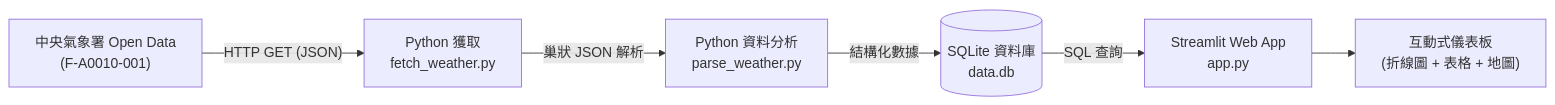
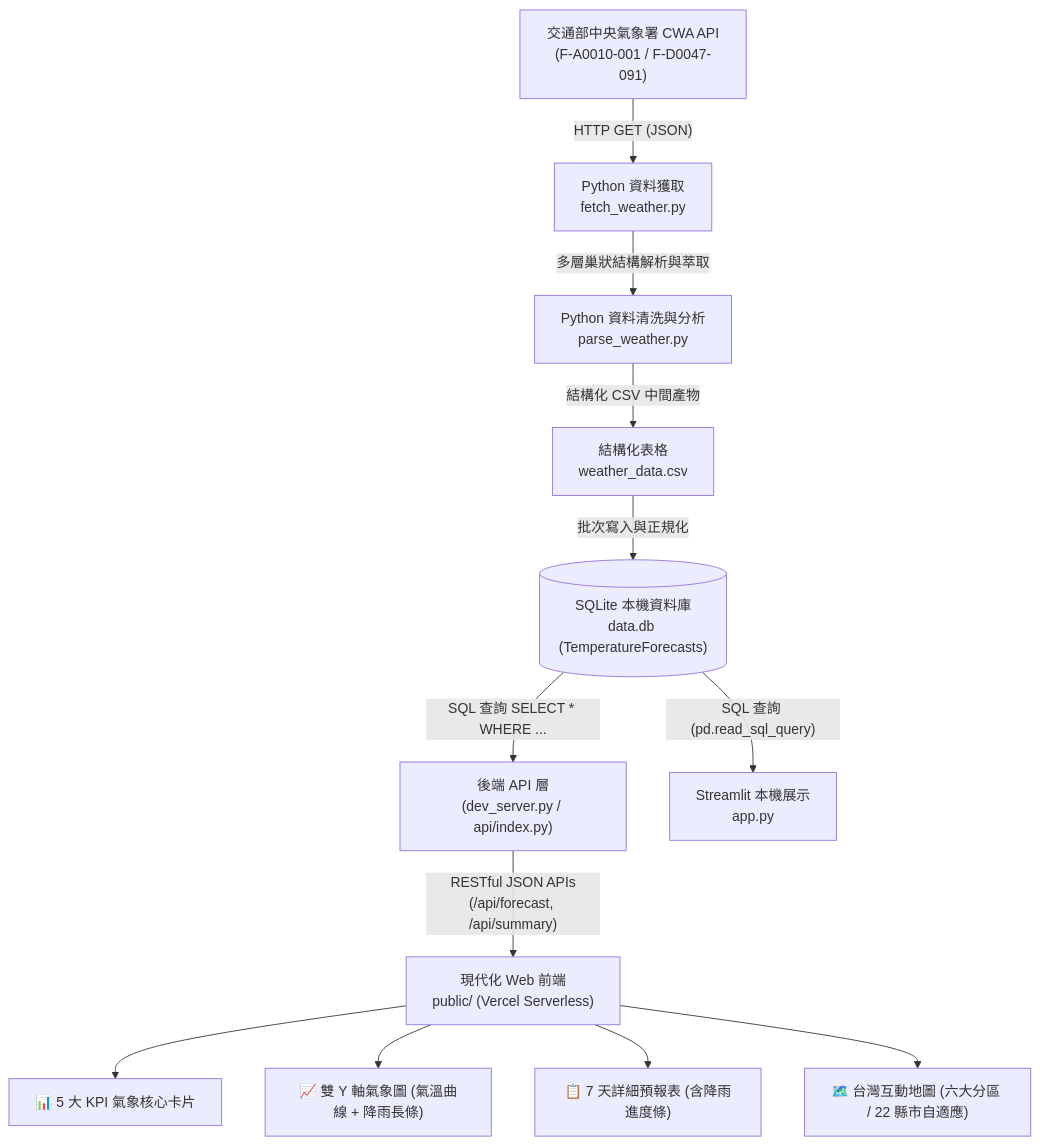
Before and after one commit to czk001167-hash/0930: the diagram in README.md, drawn with Mermaid. The commit also changed other lines of this file and 1 other file, not shown here.

Commit message:
docs: 更新 README.md 展示截圖、即時展示網址至 Vercel，並完整更新技術規格與功能文件

````diff
--- a/README.md
+++ b/README.md
@@ -30,8 +49,17 @@
 ```mermaid
-graph LR
-    A["中央氣象署 Open Data<br/>(F-A0010-001)"] -->|"HTTP GET (JSON)"| B["Python 獲取<br/>fetch_weather.py"]
-    B -->|"巢狀 JSON 解析"| C["Python 資料分析<br/>parse_weather.py"]
-    C -->|"結構化數據"| D[("SQLite 資料庫<br/>data.db")]
-    D -->|"SQL 查詢"| E["Streamlit Web App<br/>app.py"]
-    E --> F["互動式儀表板<br/>(折線圖 + 表格 + 地圖)"]
+graph TD
+    A["交通部中央氣象署 CWA API<br/>(F-A0010-001 / F-D0047-091)"] -->|"HTTP GET (JSON)"| B["Python 資料獲取<br/>fetch_weather.py"]
+    B -->|"多層巢狀結構解析與萃取"| C["Python 資料清洗與分析<br/>parse_weather.py"]
+    C -->|"結構化 CSV 中間產物"| D["結構化表格<br/>weather_data.csv"]
+    D -->|"批次寫入與正規化"| E[("SQLite 本機資料庫<br/>data.db (TemperatureForecasts)")]
+    
+    E -->|"SQL 查詢 SELECT * WHERE ..."| F["後端 API 層<br/>(dev_server.py / api/index.py)"]
+    E -->|"SQL 查詢 (pd.read_sql_query)"| G["Streamlit 本機展示<br/>app.py"]
+    
+    F -->|"RESTful JSON APIs<br/>(/api/forecast, /api/summary)"| H["現代化 Web 前端<br/>public/ (Vercel Serverless)"]
+    
+    H --> I["📊 5 大 KPI 氣象核心卡片"]
+    H --> J["📈 雙 Y 軸氣象圖 (氣溫曲線 + 降雨長條)"]
+    H --> K["📋 7 天詳細預報表 (含降雨進度條)"]
+    H --> L["🗺️ 台灣互動地圖 (六大分區 / 22 縣市自適應)"]
 ```
````
